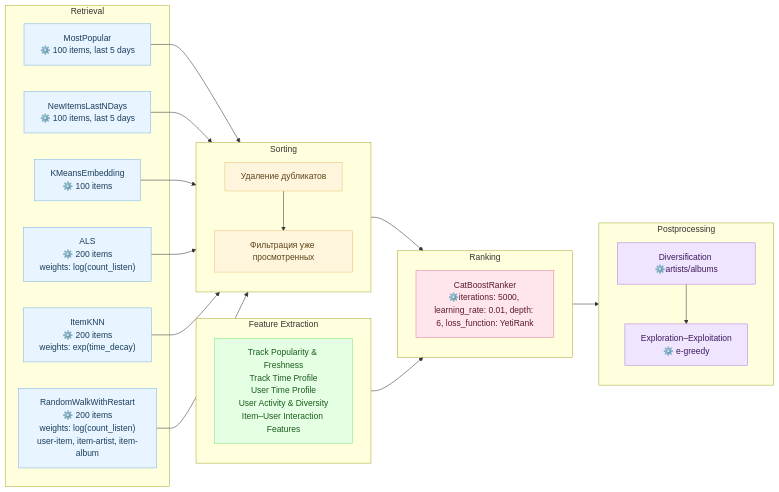
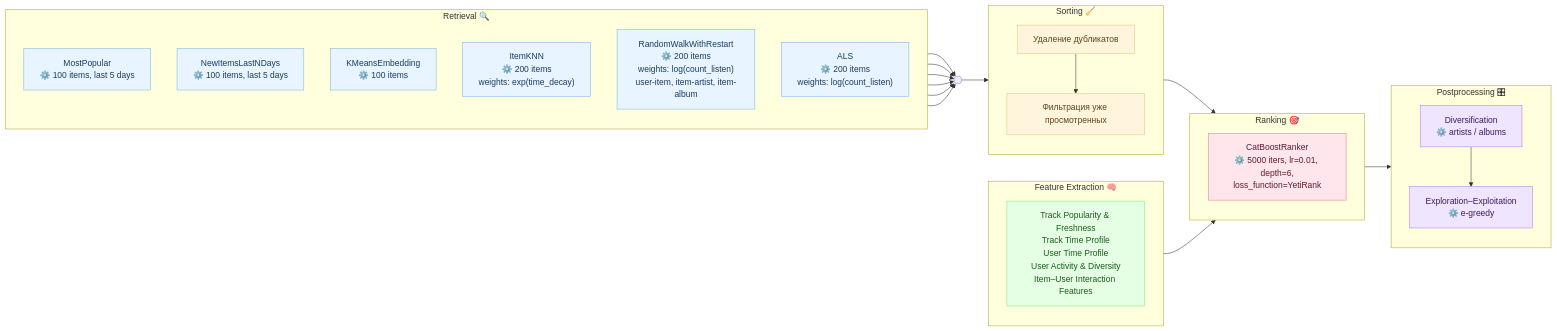
One commit to Nastasy822/music-recommendation-experiments changed the second of 2 diagrams in README.md. Above: the diagram before and after it, drawn with Mermaid.

Commit message:
docs(readme): update diagram

````diff
--- a/README.md
+++ b/README.md
@@ -180,68 +180,71 @@
 ```mermaid
 flowchart LR
+
     %% === Retrieval Models ===
-    subgraph RETRIEVAL ["Retrieval"]
+    subgraph RETRIEVAL ["Retrieval 🔍"]
+        direction TB
         PopAll["MostPopular<br/>⚙️ 100 items, last 5 days"]
         PopUser["NewItemsLastNDays<br/>⚙️ 100 items, last 5 days"]
         SIM["KMeansEmbedding<br/>⚙️ 100 items"]
         ITEMKNN["ItemKNN<br/>⚙️ 200 items<br/>weights: exp(time_decay)"]
         GRAPH["RandomWalkWithRestart<br/>⚙️ 200 items<br/>weights: log(count_listen)<br/>user-item, item-artist, item-album"]
         ALS["ALS<br/>⚙️ 200 items<br/>weights: log(count_listen)"]
     end
 
+    %% Узел-слияние, чтобы не вести много стрелок в Sorting
+    RETR_OUT(( ))
+
     %% === Sorting Stage ===
-    subgraph SORTING ["Sorting"]
+    subgraph SORTING ["Sorting 🧹"]
         direction TB
         DUBLICATE["Удаление дубликатов"]
         FILTER["Фильтрация уже просмотренных"]
         DUBLICATE --> FILTER
     end
     
     %% === Feature Extraction ===
-    subgraph FEATS ["Feature Extraction"]
+    subgraph FEATS ["Feature Extraction 🧠"]
         LISTFEATURES["Track Popularity & Freshness<br/>Track Time Profile<br/>User Time Profile<br/>User Activity & Diversity<br/>Item–User Interaction Features"]
-
     end
 
-
     %% === Ranking Stage ===
-    subgraph RANKING ["Ranking"]
-        RANK["CatBoostRanker<br/>⚙️iterations: 5000, learning_rate: 0.01, depth: 6, loss_function: YetiRank"]
+    subgraph RANKING ["Ranking 🎯"]
+        RANK["CatBoostRanker<br/>⚙️ 5000 iters, lr=0.01, depth=6,<br/>loss_function=YetiRank"]
     end
 
     %% === Postprocessing Stage ===
-    subgraph POSTPROCESS ["Postprocessing"]
+    subgraph POSTPROCESS ["Postprocessing 🎛"]
         direction TB
-        ARTIST_FILTER["Diversification ⚙️artists/albums"]
-        EXPLORATION["Exploration–Exploitation<br/> ⚙️ e-greedy"]
+        ARTIST_FILTER["Diversification<br/>⚙️ artists / albums"]
+        EXPLORATION["Exploration–Exploitation<br/>⚙️ e-greedy"]
         ARTIST_FILTER --> EXPLORATION
     end
 
+    %% === Data Flows ===
+    PopAll --> RETR_OUT
+    PopUser --> RETR_OUT
+    SIM --> RETR_OUT
+    ALS --> RETR_OUT
+    ITEMKNN --> RETR_OUT
+    GRAPH --> RETR_OUT
 
-
-    %% === Data Flows ===
-    PopAll --> SORTING
-    PopUser --> SORTING
-    SIM --> SORTING
-    ALS --> SORTING
-    ITEMKNN --> SORTING
-    GRAPH --> SORTING
+    RETR_OUT --> SORTING
     SORTING --> RANKING
     FEATS --> RANKING
     RANKING --> POSTPROCESS
 
     %% === Styles ===
     classDef retrieval fill:#e8f4ff,stroke:#7db4e6,color:#1a3d5c;
     classDef sorting fill:#fff5dd,stroke:#e6c27d,color:#5c451a;
     classDef ranking fill:#ffe6ec,stroke:#e67d9c,color:#5c1a2f;
     classDef postprocess fill:#f0e5ff,stroke:#b07de6,color:#3d1a5c;
     classDef features fill:#e5ffe5,stroke:#7de67d,color:#1a5c1a;
 
     class PopAll,PopUser,SIM,ALS,ITEMKNN,GRAPH retrieval;
     class FILTER,DUBLICATE sorting;
     class RANK ranking;
     class ARTIST_FILTER,EXPLORATION postprocess;
     class LISTFEATURES features;
 
 
 ```
````
